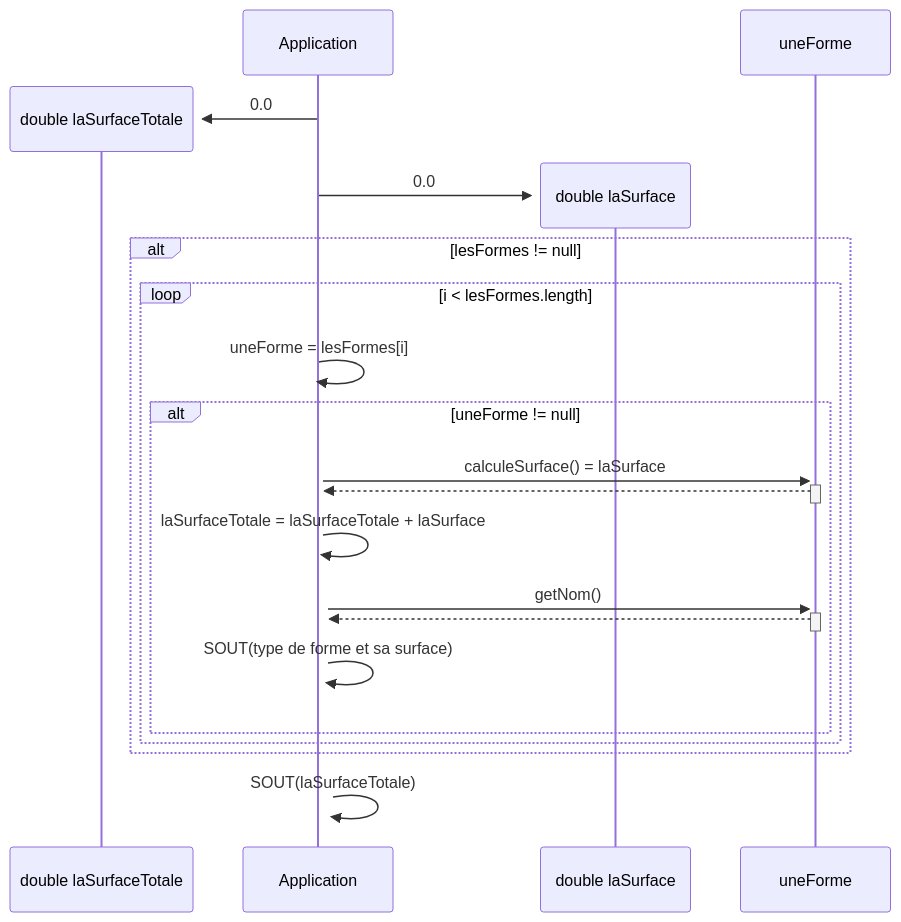
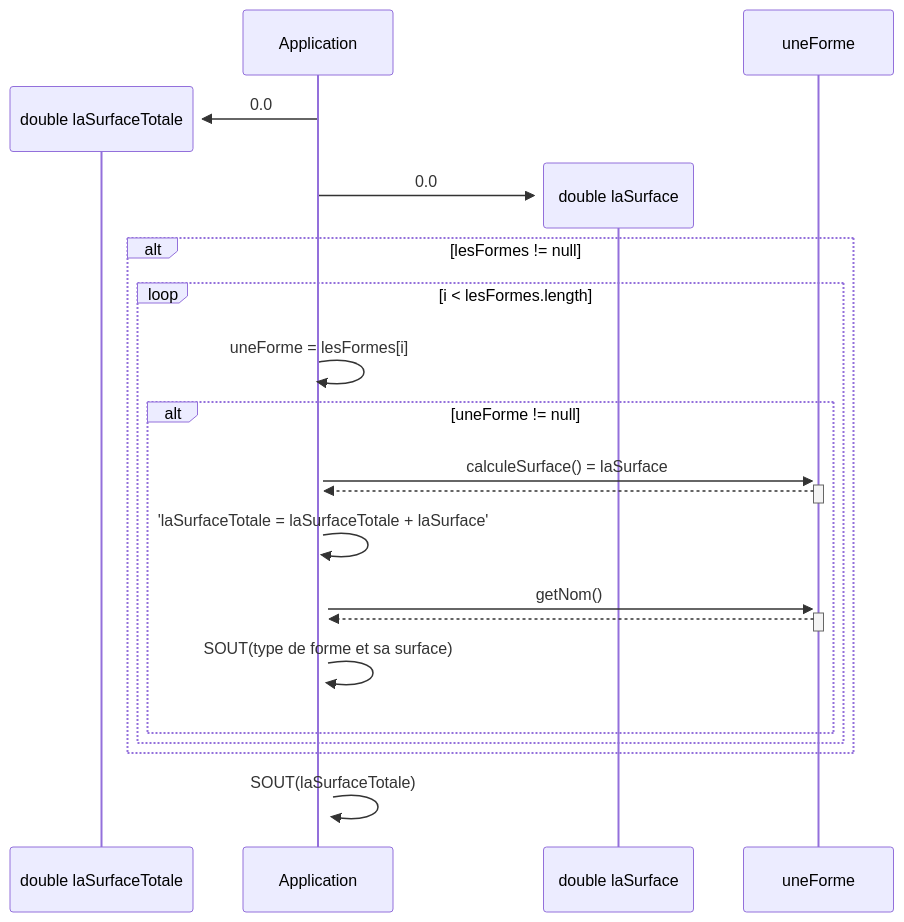
The third of 4 diagrams in README.md (emf-info-320/320_EX_04_FORMES_BASE), drawn with Mermaid before and after one commit.

````diff
--- a/README.md
+++ b/README.md
@@ -86,24 +86,24 @@
 ```mermaid
 sequenceDiagram
     create participant double laSurfaceTotale
     Application->>+double laSurfaceTotale: 0.0
     create participant double laSurface
     Application->>+double laSurface: 0.0
     alt lesFormes != null
         loop i < lesFormes.length
             Application ->>+ Application: uneForme = lesFormes[i]
             alt uneForme != null
                 Application ->>+ uneForme: calculeSurface() = laSurface
                 uneForme -->>- Application:
 
-                Application ->>+ Application: laSurfaceTotale = laSurfaceTotale + laSurface
+                Application ->>+ Application: 'laSurfaceTotale = laSurfaceTotale + laSurface'
 
                 Application ->>+ uneForme: getNom()
                 uneForme -->>- Application: 
                 Application ->>+ Application: SOUT(type de forme et sa surface)
             end
         end
     end
 
     Application ->>+ Application: SOUT(laSurfaceTotale)
 ```
````
